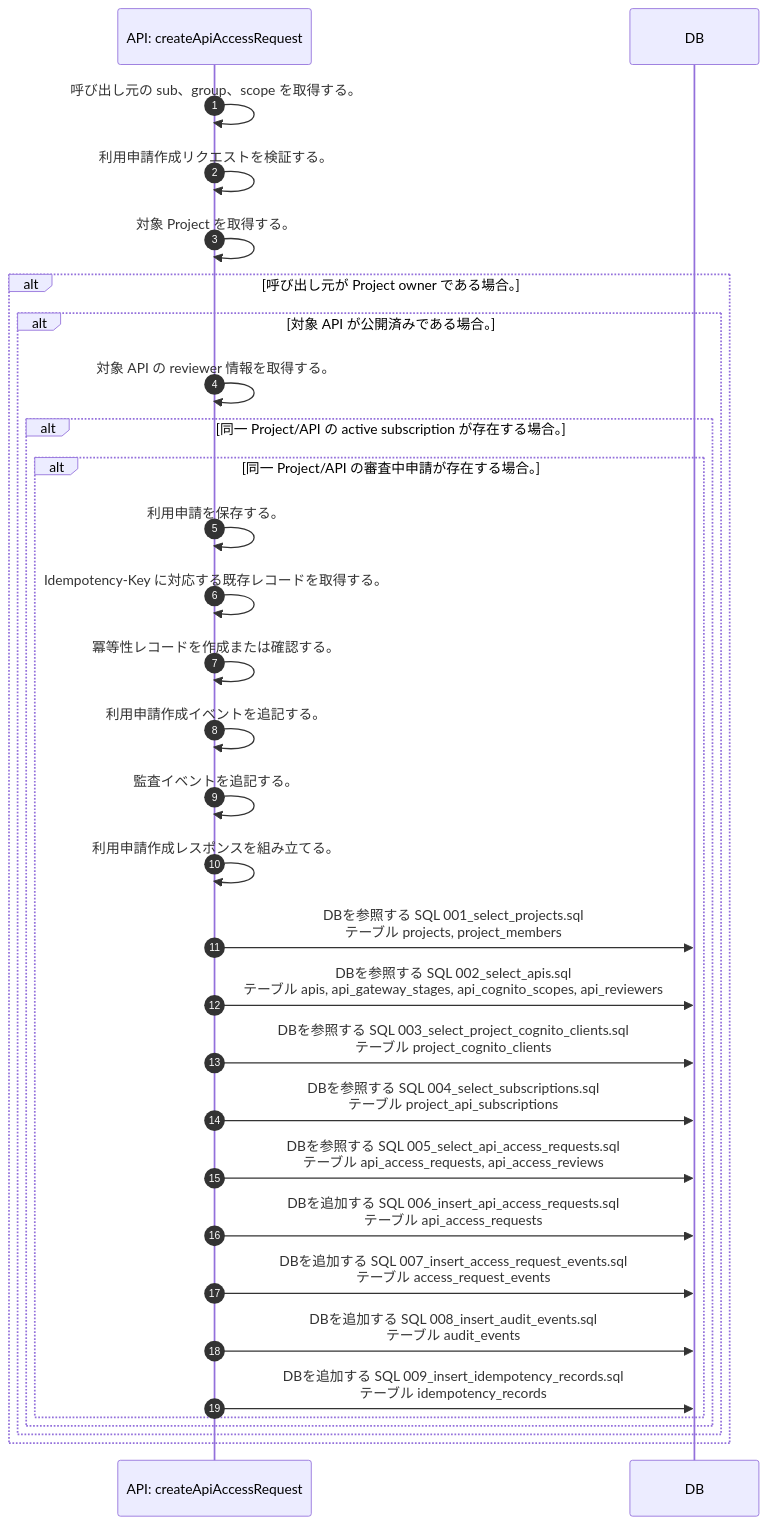
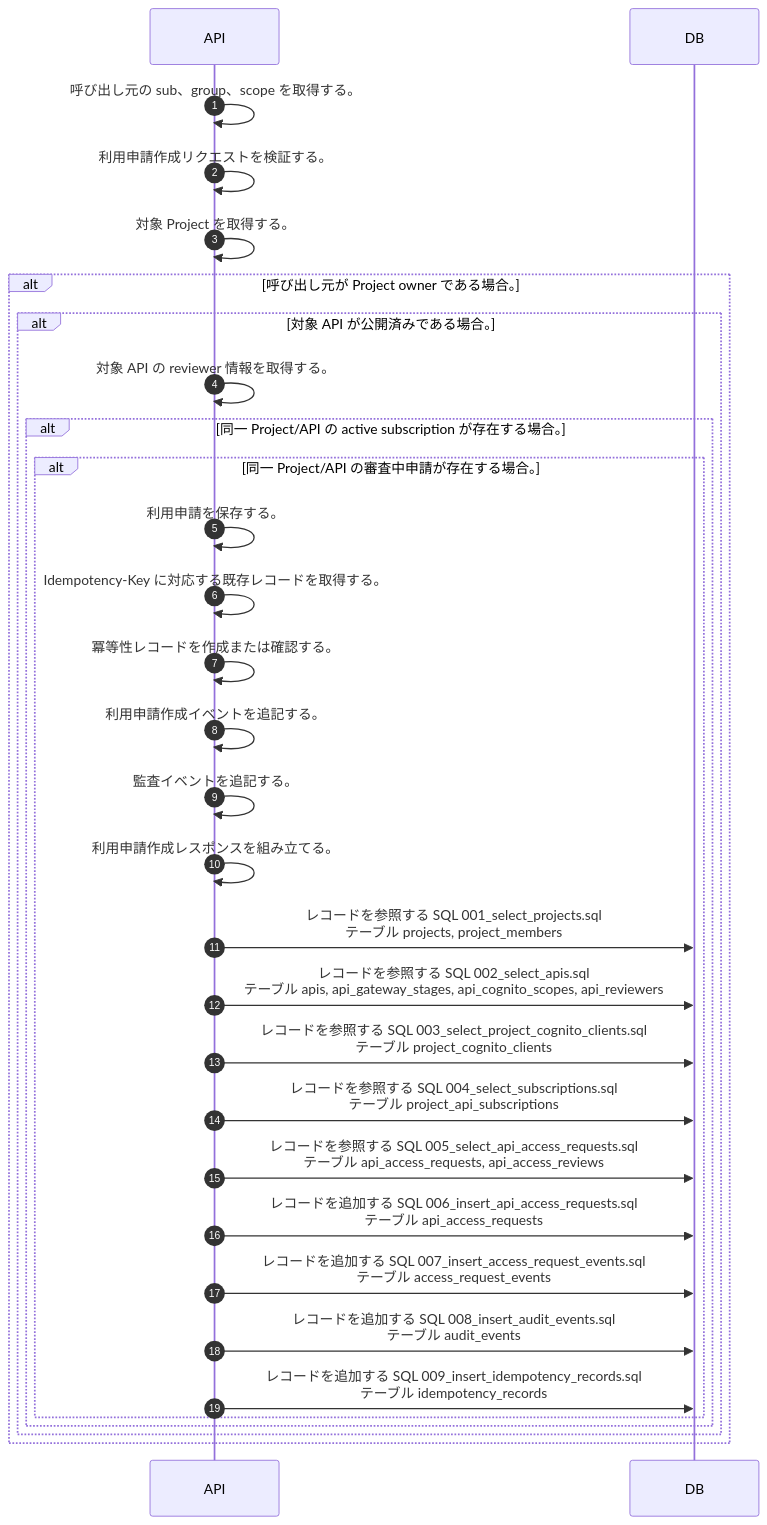
The diagram in docs/spec/40.apis/projects/create_api_access_request/sequence_gen.md (tsuji-tomonori/lazunex), drawn with Mermaid before and after one commit. The commit also changed 15 other files, not shown here.

First line of the commit message:
🐛 fix(api): sequenceのAPI名とDB操作表現を修正

````diff
--- a/docs/spec/40.apis/projects/create_api_access_request/sequence_gen.md
+++ b/docs/spec/40.apis/projects/create_api_access_request/sequence_gen.md
@@ -5,33 +5,33 @@
 ```mermaid
 sequenceDiagram
   autonumber
-  participant API as API: createApiAccessRequest
+  participant API as API
   participant DB as DB
   API->>API: 呼び出し元の sub、group、scope を取得する。
   API->>API: 利用申請作成リクエストを検証する。
   API->>API: 対象 Project を取得する。
   alt 呼び出し元が Project owner である場合。
     alt 対象 API が公開済みである場合。
       API->>API: 対象 API の reviewer 情報を取得する。
       alt 同一 Project/API の active subscription が存在する場合。
         alt 同一 Project/API の審査中申請が存在する場合。
           API->>API: 利用申請を保存する。
           API->>API: Idempotency-Key に対応する既存レコードを取得する。
           API->>API: 冪等性レコードを作成または確認する。
           API->>API: 利用申請作成イベントを追記する。
           API->>API: 監査イベントを追記する。
           API->>API: 利用申請作成レスポンスを組み立てる。
-          API->>DB: DBを参照する SQL 001_select_projects.sql<br/>テーブル projects, project_members
-          API->>DB: DBを参照する SQL 002_select_apis.sql<br/>テーブル apis, api_gateway_stages, api_cognito_scopes, api_reviewers
-          API->>DB: DBを参照する SQL 003_select_project_cognito_clients.sql<br/>テーブル project_cognito_clients
-          API->>DB: DBを参照する SQL 004_select_subscriptions.sql<br/>テーブル project_api_subscriptions
-          API->>DB: DBを参照する SQL 005_select_api_access_requests.sql<br/>テーブル api_access_requests, api_access_reviews
-          API->>DB: DBを追加する SQL 006_insert_api_access_requests.sql<br/>テーブル api_access_requests
-          API->>DB: DBを追加する SQL 007_insert_access_request_events.sql<br/>テーブル access_request_events
-          API->>DB: DBを追加する SQL 008_insert_audit_events.sql<br/>テーブル audit_events
-          API->>DB: DBを追加する SQL 009_insert_idempotency_records.sql<br/>テーブル idempotency_records
+          API->>DB: レコードを参照する SQL 001_select_projects.sql<br/>テーブル projects, project_members
+          API->>DB: レコードを参照する SQL 002_select_apis.sql<br/>テーブル apis, api_gateway_stages, api_cognito_scopes, api_reviewers
+          API->>DB: レコードを参照する SQL 003_select_project_cognito_clients.sql<br/>テーブル project_cognito_clients
+          API->>DB: レコードを参照する SQL 004_select_subscriptions.sql<br/>テーブル project_api_subscriptions
+          API->>DB: レコードを参照する SQL 005_select_api_access_requests.sql<br/>テーブル api_access_requests, api_access_reviews
+          API->>DB: レコードを追加する SQL 006_insert_api_access_requests.sql<br/>テーブル api_access_requests
+          API->>DB: レコードを追加する SQL 007_insert_access_request_events.sql<br/>テーブル access_request_events
+          API->>DB: レコードを追加する SQL 008_insert_audit_events.sql<br/>テーブル audit_events
+          API->>DB: レコードを追加する SQL 009_insert_idempotency_records.sql<br/>テーブル idempotency_records
         end
       end
     end
   end
 ```
````
